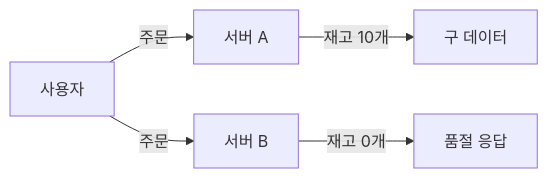
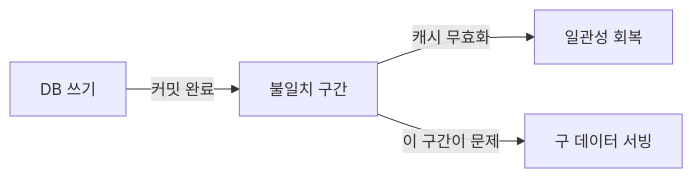
One commit to yjkim2015/yjkim2015.github.io changed the first of 7 diagrams in _posts/caching/2026-05-03-cache-invalidation.md. Above: the diagram before and after it, drawn with Mermaid. The commit also changed other lines of this file and 4 other files, not shown here.

````diff
--- a/_posts/caching/2026-05-03-cache-invalidation.md
+++ b/_posts/caching/2026-05-03-cache-invalidation.md
@@ -24,7 +34,6 @@
 ```mermaid
 graph LR
-    U["사용자"] -->|"주문"| S1["서버 A"]
-    U -->|"주문"| S2["서버 B"]
-    S1 -->|"재고 10개"| R1["구 데이터"]
-    S2 -->|"재고 0개"| R2["품절 응답"]
+    Write["DB 쓰기"] -->|"커밋 완료"| Gap["불일치 구간"]
+    Gap -->|"캐시 무효화"| Sync["일관성 회복"]
+    Gap -->|"이 구간이 문제"| Stale["구 데이터 서빙"]
 ```
````
